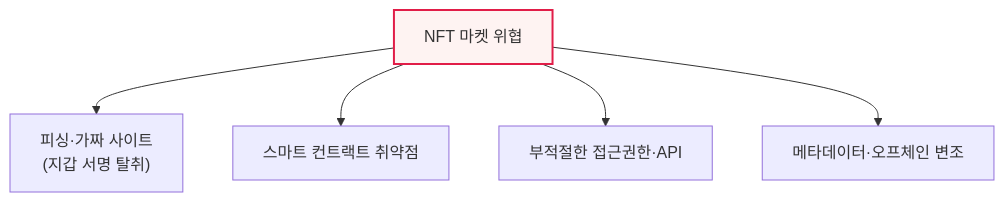
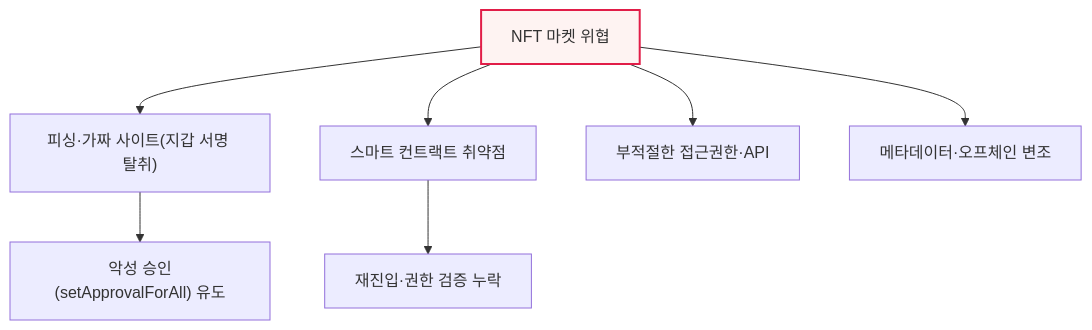
The second of 2 diagrams in content/nft-security.md (coninggu/wjdqhrhksflrltnftk), drawn with Mermaid before and after one commit. The commit also changed other lines of this file and 3 other files, not shown here.

````diff
--- a/content/nft-security.md
+++ b/content/nft-security.md
@@ -20,8 +39,10 @@
 ```mermaid
 flowchart TB
-  N[NFT 마켓 위협] --> P["피싱·가짜 사이트<br/>(지갑 서명 탈취)"]
+  N["NFT 마켓 위협"] --> P["피싱·가짜 사이트(지갑 서명 탈취)"]
   N --> S["스마트 컨트랙트 취약점"]
   N --> A["부적절한 접근권한·API"]
   N --> M["메타데이터·오프체인 변조"]
+  P --> P1["악성 승인(setApprovalForAll) 유도"]
+  S --> S1["재진입·권한 검증 누락"]
   style N fill:#fef3f2,stroke:#e11d48,stroke-width:2px
 ```
````
